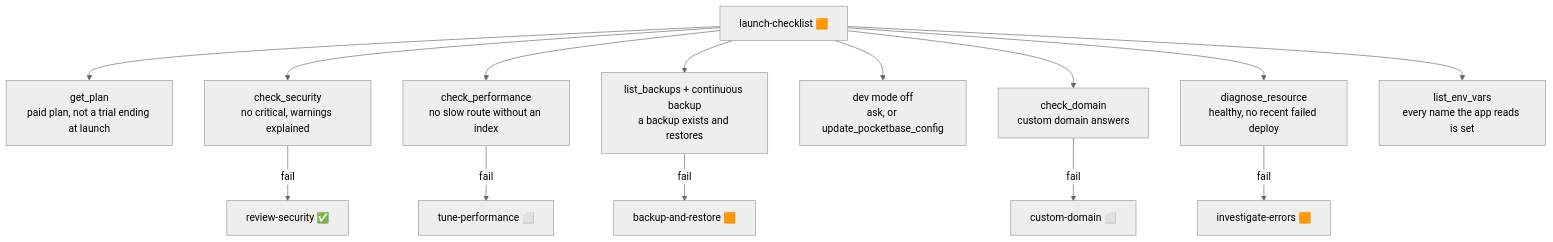
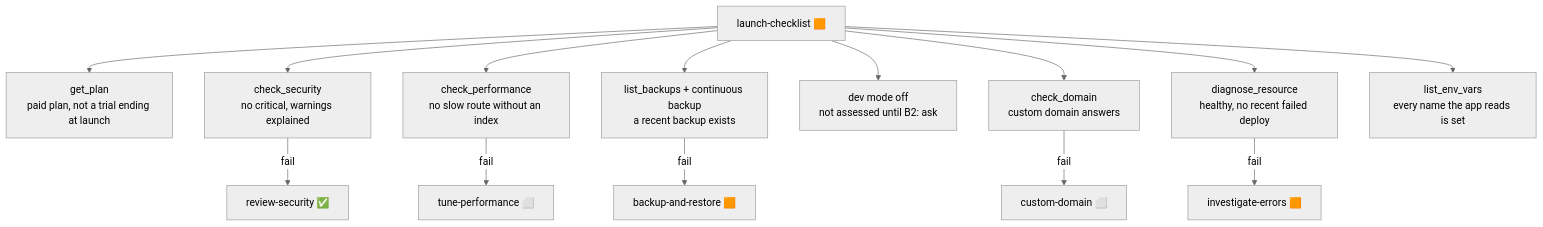
The eighth of 8 diagrams in docs/skill-design/use-cases.md (pocketbasecloud/mcp), drawn with Mermaid (neutral theme) before and after one commit. The commit also changed other lines of this file and 4 other files, not shown here.

````diff
--- a/docs/skill-design/use-cases.md
+++ b/docs/skill-design/use-cases.md
@@ -270,16 +282,16 @@
 ```mermaid
 flowchart TD
   lc["launch-checklist 🟧"] --> plan["get_plan<br/>paid plan, not a trial ending at launch"]
   lc --> sec["check_security<br/>no critical, warnings explained"]
   lc --> perf["check_performance<br/>no slow route without an index"]
-  lc --> bk["list_backups + continuous backup<br/>a backup exists and restores"]
-  lc --> dev["dev mode off<br/>ask, or update_pocketbase_config"]
+  lc --> bk["list_backups + continuous backup<br/>a recent backup exists"]
+  lc --> dev["dev mode off<br/>not assessed until B2: ask"]
   lc --> dom["check_domain<br/>custom domain answers"]
   lc --> diag["diagnose_resource<br/>healthy, no recent failed deploy"]
   lc --> env["list_env_vars<br/>every name the app reads is set"]
   sec -->|fail| rs["review-security ✅"]
   perf -->|fail| tp["tune-performance ⬜"]
   bk -->|fail| br["backup-and-restore 🟧"]
   dom -->|fail| cd["custom-domain ⬜"]
   diag -->|fail| ie["investigate-errors 🟧"]
 ```
````
